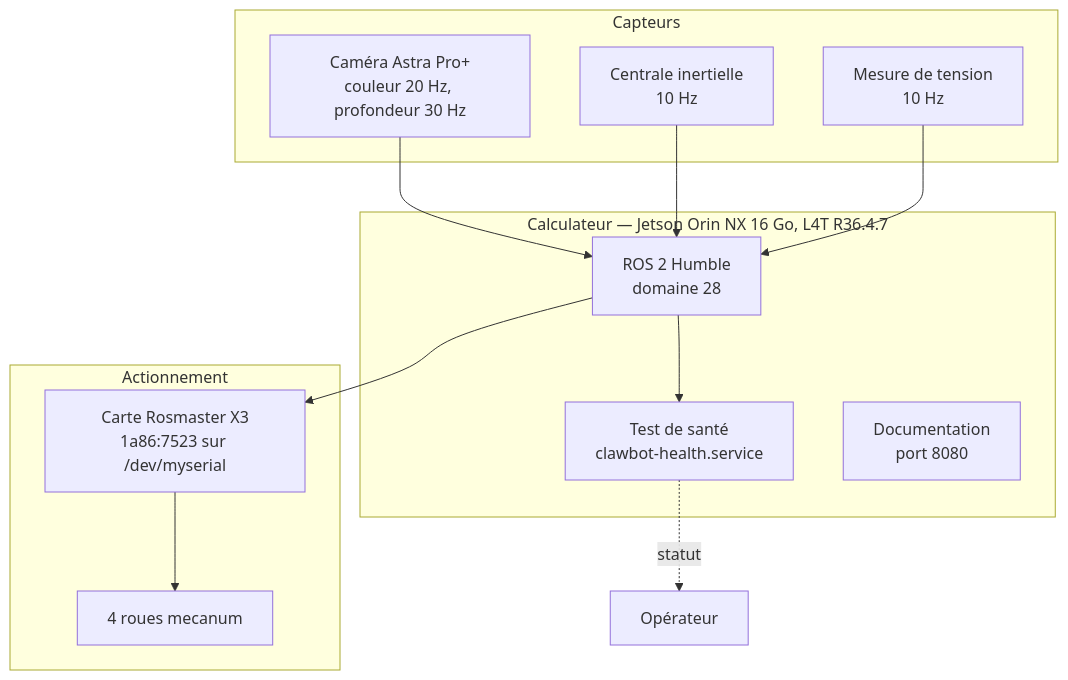
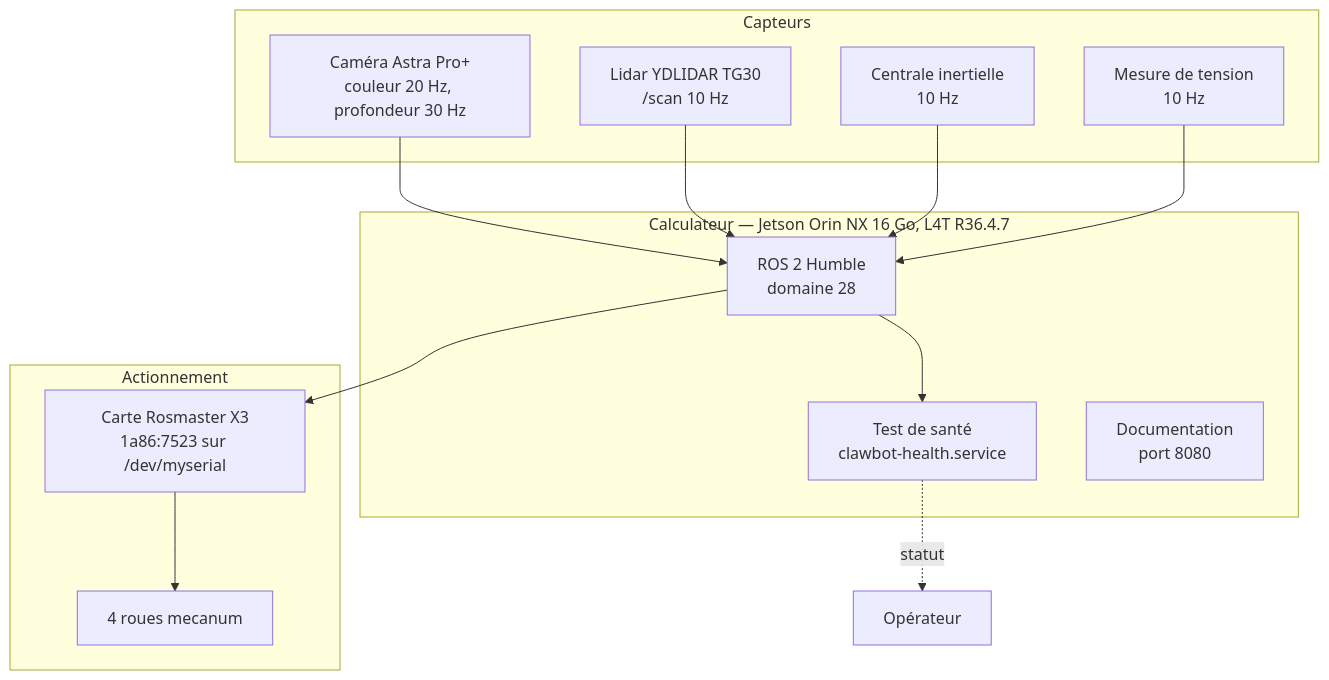
One commit to morgoth31/clawbot changed the diagram in docs/robot/index.md. Above: the diagram before and after it, drawn with Mermaid. The commit also changed other lines of this file and 18 other files, not shown here.

First line of the commit message:
fix(lidar): ERR-001 corrigee, /scan publie par clawbot-lidar.service

````diff
--- a/docs/robot/index.md
+++ b/docs/robot/index.md
@@ -6,23 +6,25 @@
 ```mermaid
 flowchart TB
     subgraph Calc["Calculateur — Jetson Orin NX 16 Go, L4T R36.4.7"]
         Ros["ROS 2 Humble<br/>domaine 28"]
         Health["Test de santé<br/>clawbot-health.service"]
         Docs["Documentation<br/>port 8080"]
     end
     subgraph Sensors["Capteurs"]
         Cam["Caméra Astra Pro+<br/>couleur 20 Hz, profondeur 30 Hz"]
+        Lid["Lidar YDLIDAR TG30<br/>/scan 10 Hz"]
         Imu["Centrale inertielle<br/>10 Hz"]
         Volt["Mesure de tension<br/>10 Hz"]
     end
     subgraph Act["Actionnement"]
         Mcu["Carte Rosmaster X3<br/>1a86:7523 sur /dev/myserial"]
         Wheels["4 roues mecanum"]
     end
     Cam --> Ros
+    Lid --> Ros
     Imu --> Ros
     Volt --> Ros
     Ros --> Mcu --> Wheels
     Ros --> Health
     Health -.->|statut| Ops["Opérateur"]
 ```
````
